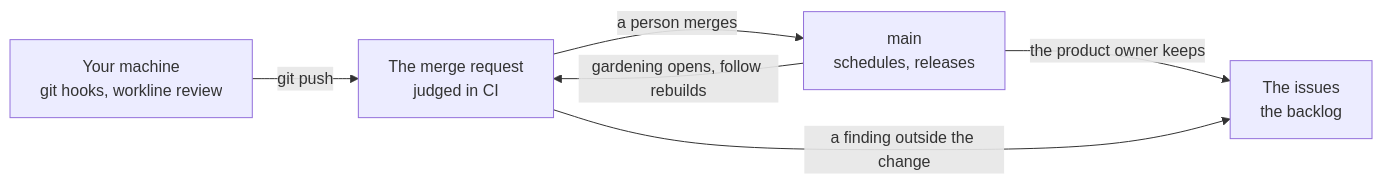
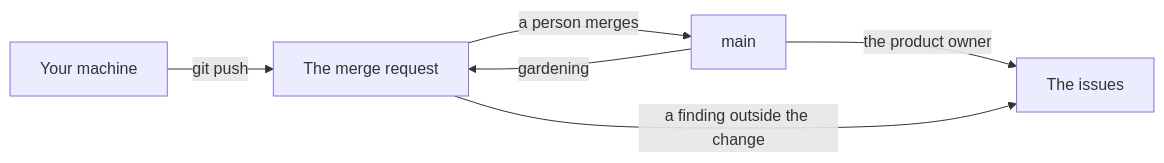
Before and after one commit to JN0V/workline: the diagram in README.md, drawn with Mermaid. The commit also changed other lines of this file and 13 other files, not shown here.

````diff
--- a/README.md
+++ b/README.md
@@ -86,12 +87,12 @@
 ```mermaid
 flowchart LR
-  machine["Your machine<br/>git hooks, workline review"]
-  mr["The merge request<br/>judged in CI"]
-  main["main<br/>schedules, releases"]
-  issues["The issues<br/>the backlog"]
+  machine["Your machine"]
+  mr["The merge request"]
+  main["main"]
+  issues["The issues"]
   machine -- git push --> mr
   mr -- a person merges --> main
-  main -- gardening opens, follow rebuilds --> mr
-  main -- the product owner keeps --> issues
+  main -- gardening --> mr
+  main -- the product owner --> issues
   mr -- a finding outside the change --> issues
 ```
````
